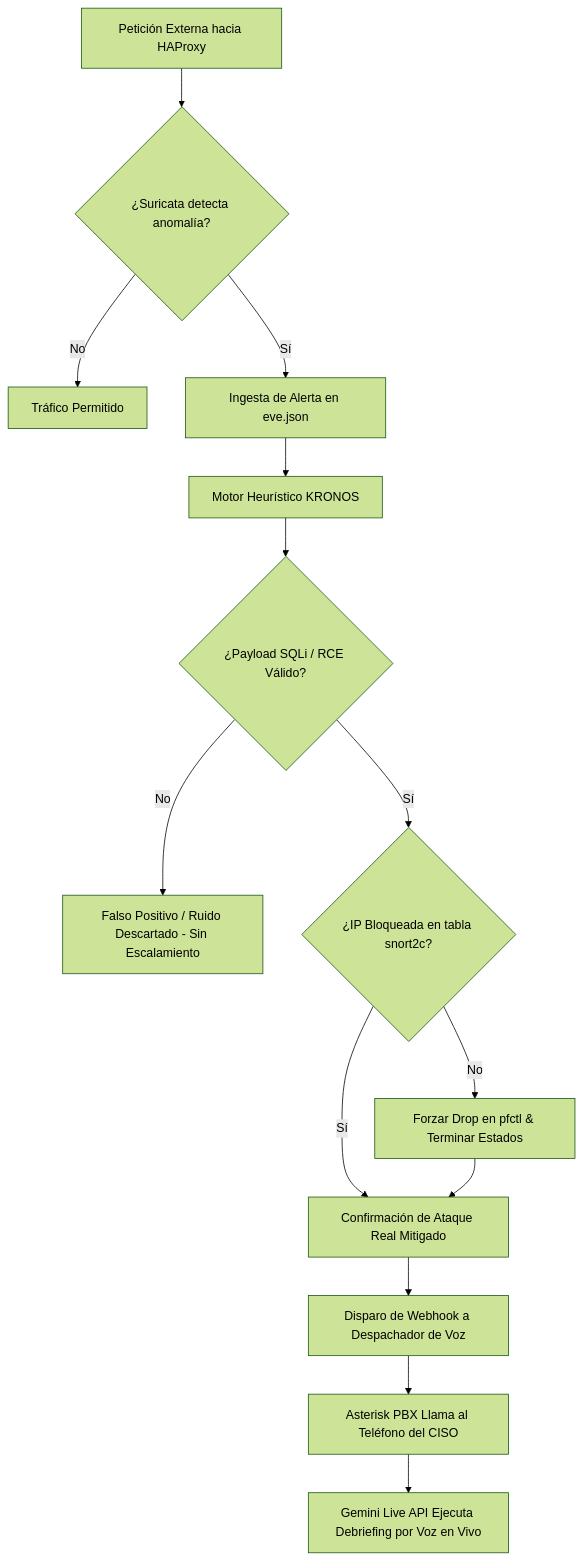
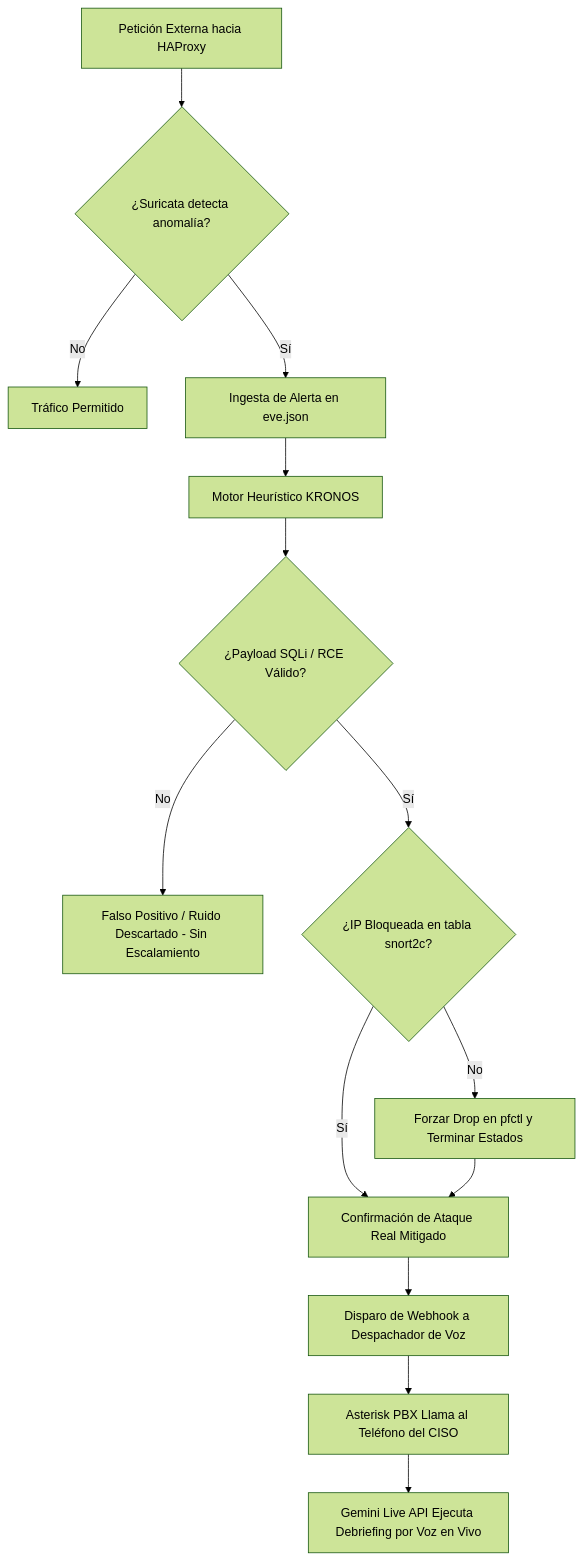
The diagram in README.md (Fredinni/Proyecto-Portafolio), drawn with Mermaid (forest theme) before and after one commit. The commit also changed other lines of this file and 17 other files, not shown here.

Commit message:
fix(assets-docs): XML compliant SVG assets with 4K UHD PNG rendering, robust LaTeX/Mermaid formatting, and scrubbed academic metadata

````diff
--- a/README.md
+++ b/README.md
@@ -63,16 +62,16 @@
 ```mermaid
 flowchart TD
-    A[Petición Externa hacia HAProxy] --> B{¿Suricata detecta anomalía?}
-    B -- No --> C[Tráfico Permitido]
-    B -- Sí --> D[Ingesta de Alerta en eve.json]
-    D --> E[Motor Heurístico KRONOS]
-    E --> F{¿Payload SQLi / RCE Válido?}
-    F -- No --> G[Falso Positivo / Ruido Descartado - Sin Escalamiento]
-    F -- Sí --> H{¿IP Bloqueada en tabla snort2c?}
-    H -- No --> I[Forzar Drop en pfctl & Terminar Estados]
-    H -- Sí --> J[Confirmación de Ataque Real Mitigado]
+    A["Petición Externa hacia HAProxy"] --> B{"¿Suricata detecta anomalía?"}
+    B -- No --> C["Tráfico Permitido"]
+    B -- Sí --> D["Ingesta de Alerta en eve.json"]
+    D --> E["Motor Heurístico KRONOS"]
+    E --> F{"¿Payload SQLi / RCE Válido?"}
+    F -- No --> G["Falso Positivo / Ruido Descartado - Sin Escalamiento"]
+    F -- Sí --> H{"¿IP Bloqueada en tabla snort2c?"}
+    H -- No --> I["Forzar Drop en pfctl y Terminar Estados"]
+    H -- Sí --> J["Confirmación de Ataque Real Mitigado"]
     I --> J
-    J --> K[Disparo de Webhook a Despachador de Voz]
-    K --> L[Asterisk PBX Llama al Teléfono del CISO]
-    L --> M[Gemini Live API Ejecuta Debriefing por Voz en Vivo]
+    J --> K["Disparo de Webhook a Despachador de Voz"]
+    K --> L["Asterisk PBX Llama al Teléfono del CISO"]
+    L --> M["Gemini Live API Ejecuta Debriefing por Voz en Vivo"]
 ```
````
